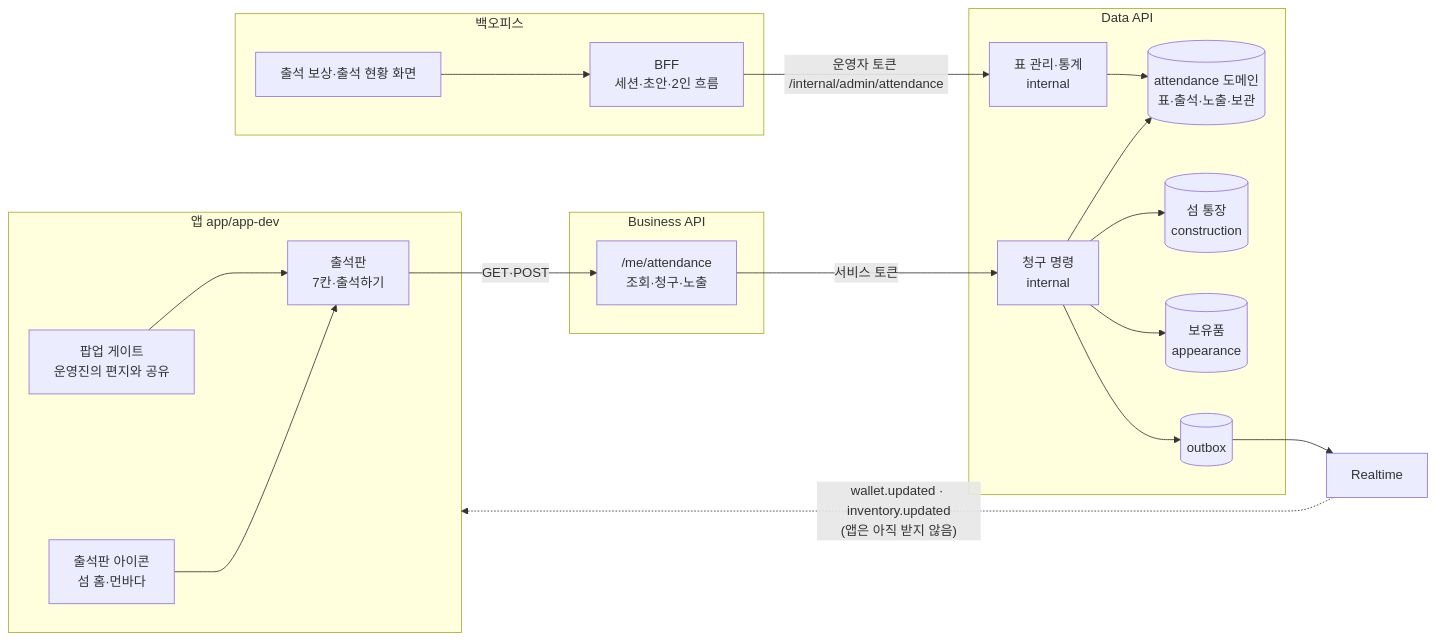
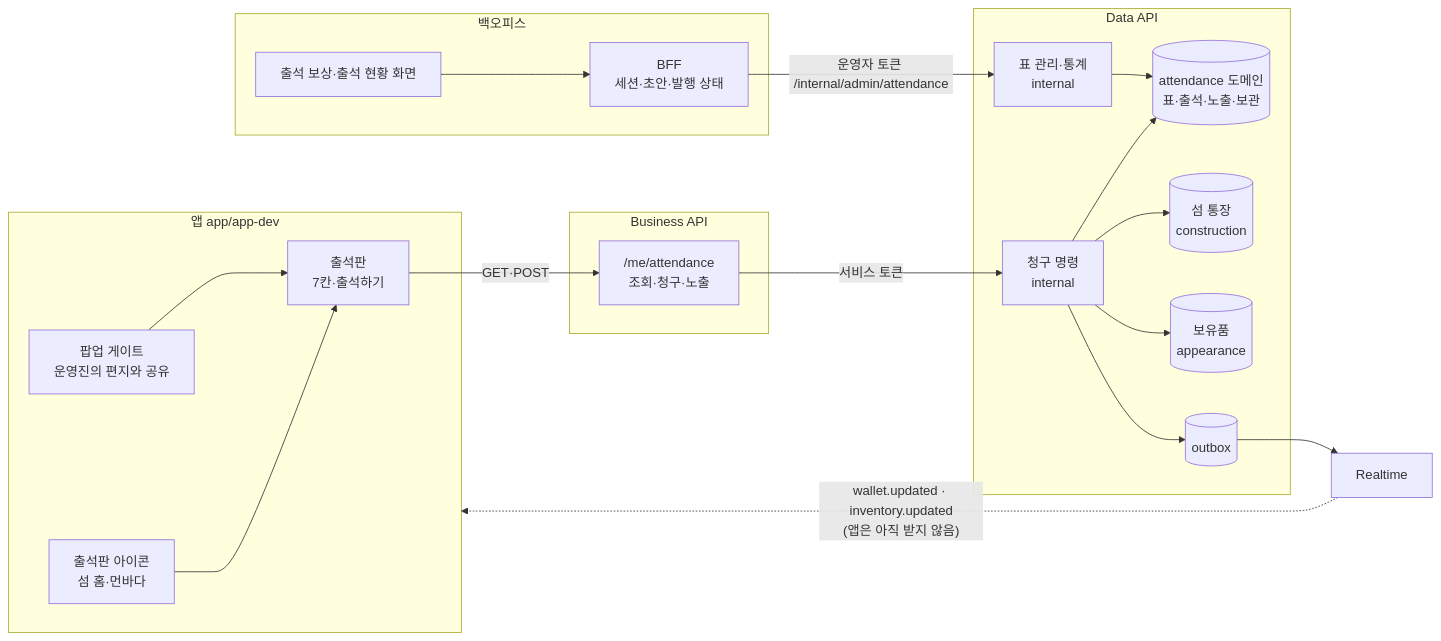
One commit to OneOrThree/phone changed the first of 4 diagrams in docs/prd/fishcat/attendance/high-level-design.md. Above: the diagram before and after it, drawn with Mermaid. The commit also changed other lines of this file and 6 other files, not shown here.

````diff
--- a/docs/prd/fishcat/attendance/high-level-design.md
+++ b/docs/prd/fishcat/attendance/high-level-design.md
@@ -23,38 +23,38 @@
 ```mermaid
 flowchart LR
   subgraph App["앱 app/app-dev"]
     Gate["팝업 게이트<br/>운영진의 편지와 공유"]
     Board["출석판<br/>7칸·출석하기"]
     Icon["출석판 아이콘<br/>섬 홈·먼바다"]
   end
   subgraph Biz["Business API"]
     BC["/me/attendance<br/>조회·청구·노출"]
   end
   subgraph Data["Data API"]
     Claim["청구 명령<br/>internal"]
     Admin["표 관리·통계<br/>internal"]
     Att[("attendance 도메인<br/>표·출석·노출·보관")]
     Wallet[("섬 통장<br/>construction")]
     Inv[("보유품<br/>appearance")]
     Outbox[("outbox")]
   end
   subgraph BO["백오피스"]
-    BFF["BFF<br/>세션·초안·2인 흐름"]
+    BFF["BFF<br/>세션·초안·발행 상태"]
     UI["출석 보상·출석 현황 화면"]
   end
   RT["Realtime"]
 
   Gate --> Board
   Icon --> Board
   Board -->|"GET·POST"| BC
   BC -->|"서비스 토큰"| Claim
   Claim --> Att
   Claim --> Wallet
   Claim --> Inv
   Claim --> Outbox
   Outbox --> RT
   RT -.->|"wallet.updated · inventory.updated<br/>(앱은 아직 받지 않음)"| App
   UI --> BFF
   BFF -->|"운영자 토큰 /internal/admin/attendance"| Admin
   Admin --> Att
 ```
````
